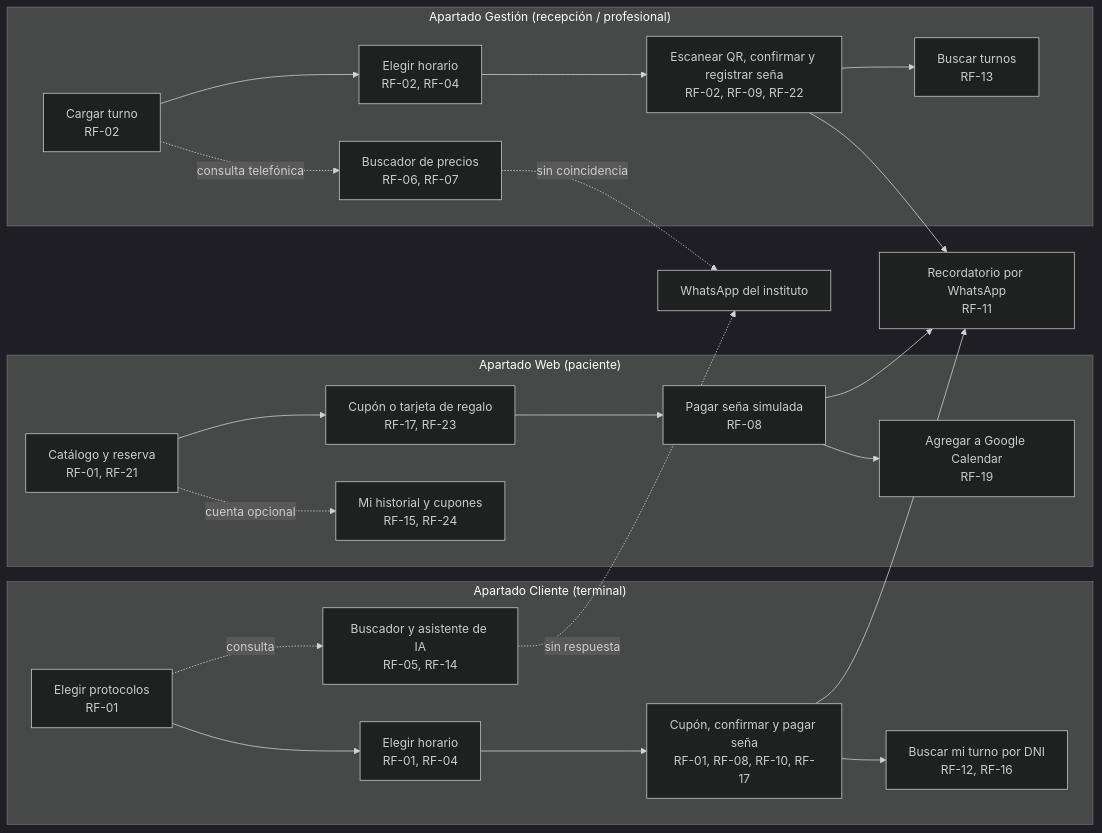
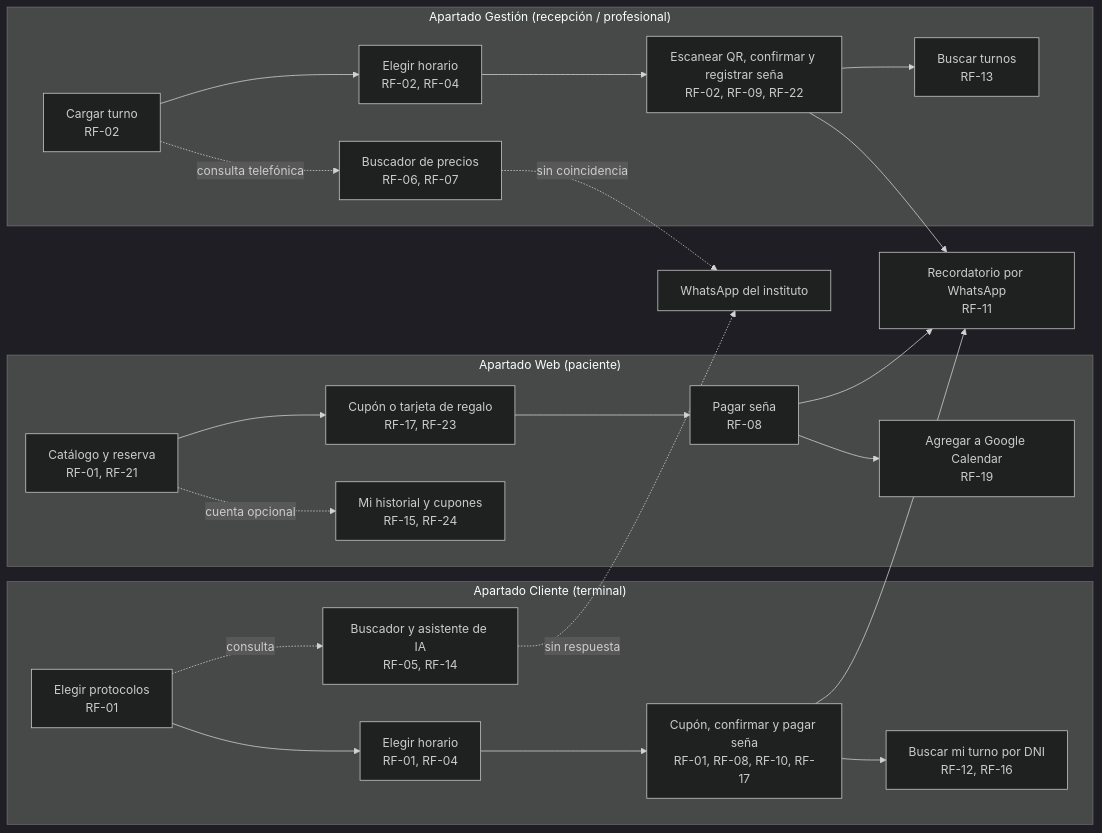
The diagram in docs/05-maquetado.md (sant1jmnz/Proyect-berea), drawn with Mermaid (dark theme) before and after one commit. The commit also changed other lines of this file and 49 other files, not shown here.

Commit message:
docs/app: sacar menciones de seña simulada; medio de pago 'tarjeta'

````diff
--- a/docs/05-maquetado.md
+++ b/docs/05-maquetado.md
@@ -51,25 +51,25 @@
 ```mermaid
 flowchart LR
     subgraph Cliente["Apartado Cliente (terminal)"]
         A1[Elegir protocolos<br/>RF-01] --> A2[Elegir horario<br/>RF-01, RF-04]
         A2 --> A3[Cupón, confirmar y pagar seña<br/>RF-01, RF-08, RF-10, RF-17]
         A3 --> A4[Buscar mi turno por DNI<br/>RF-12, RF-16]
         A1 -.consulta.-> A5[Buscador y asistente de IA<br/>RF-05, RF-14]
     end
     subgraph Web["Apartado Web (paciente)"]
         W1[Catálogo y reserva<br/>RF-01, RF-21] --> W2[Cupón o tarjeta de regalo<br/>RF-17, RF-23]
-        W2 --> W3[Pagar seña simulada<br/>RF-08] --> W4[Agregar a Google Calendar<br/>RF-19]
+        W2 --> W3[Pagar seña<br/>RF-08] --> W4[Agregar a Google Calendar<br/>RF-19]
         W1 -.cuenta opcional.-> W5[Mi historial y cupones<br/>RF-15, RF-24]
     end
     subgraph Gestion["Apartado Gestión (recepción / profesional)"]
         B1[Cargar turno<br/>RF-02] --> B2[Elegir horario<br/>RF-02, RF-04]
         B2 --> B3[Escanear QR, confirmar y registrar seña<br/>RF-02, RF-09, RF-22]
         B3 --> B4[Buscar turnos<br/>RF-13]
         B1 -.consulta telefónica.-> B5[Buscador de precios<br/>RF-06, RF-07]
     end
     A5 -.sin respuesta.-> WA[WhatsApp del instituto]
     B5 -.sin coincidencia.-> WA
     A3 --> N[Recordatorio por WhatsApp<br/>RF-11]
     W3 --> N
     B3 --> N
 ```
````
